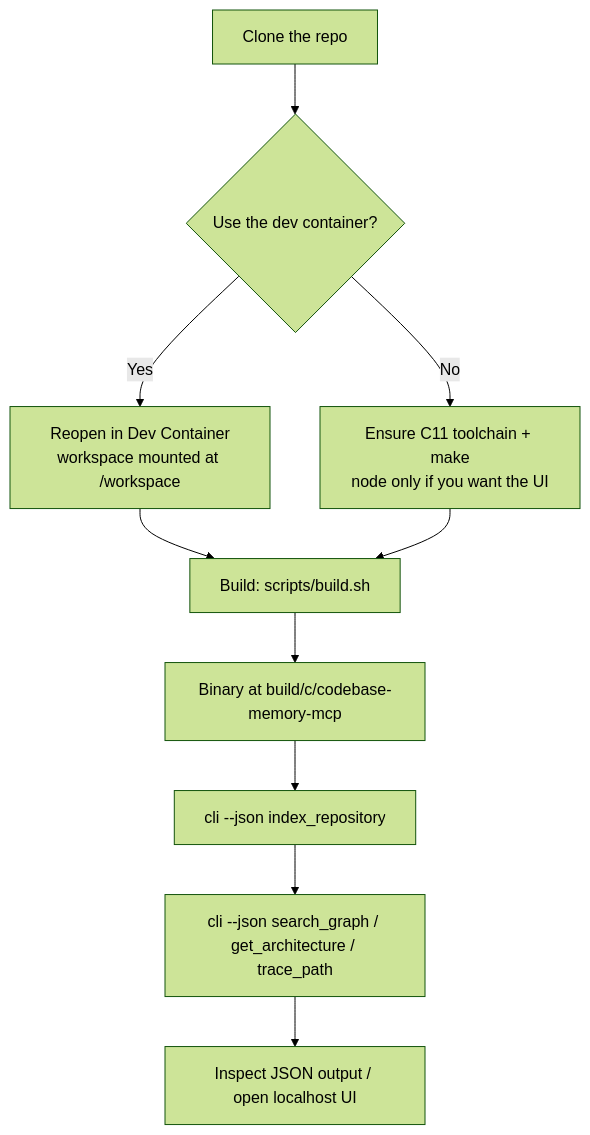
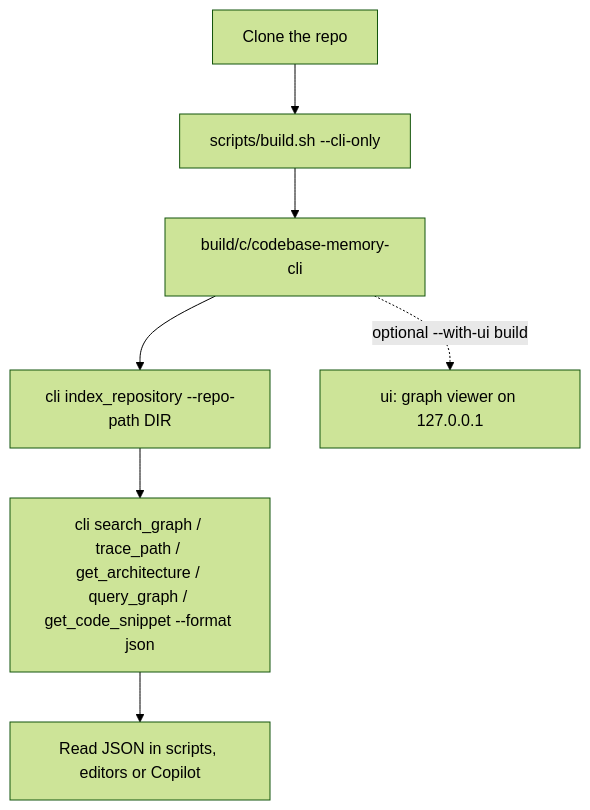
The diagram in docs/CLI_BUILD_RUN_GUIDE.md (Solirius/codebase-memory-cli), drawn with Mermaid (forest theme) before and after one commit. The commit also changed other lines of this file and 21 other files, not shown here.

Commit message:
feat(roadmap): milestone 5

````diff
--- a/docs/CLI_BUILD_RUN_GUIDE.md
+++ b/docs/CLI_BUILD_RUN_GUIDE.md
@@ -14,12 +14,9 @@
 ```mermaid
 flowchart TD
-    A[Clone the repo] --> B{Use the dev container?}
-    B -- Yes --> C[Reopen in Dev Container<br/>workspace mounted at /workspace]
-    B -- No --> D[Ensure C11 toolchain + make<br/>node only if you want the UI]
-    C --> E[Build: scripts/build.sh]
-    D --> E
-    E --> F[Binary at build/c/codebase-memory-mcp]
-    F --> G[cli --json index_repository]
-    G --> H[cli --json search_graph / get_architecture / trace_path]
-    H --> I[Inspect JSON output / open localhost UI]
+    A[Clone the repo] --> B[scripts/build.sh --cli-only]
+    B --> C[build/c/codebase-memory-cli]
+    C --> D[cli index_repository --repo-path DIR]
+    D --> E[cli search_graph / trace_path / get_architecture / query_graph / get_code_snippet --format json]
+    E --> F[Read JSON in scripts, editors or Copilot]
+    C -. optional --with-ui build .-> G[ui: graph viewer on 127.0.0.1]
 ```
````
